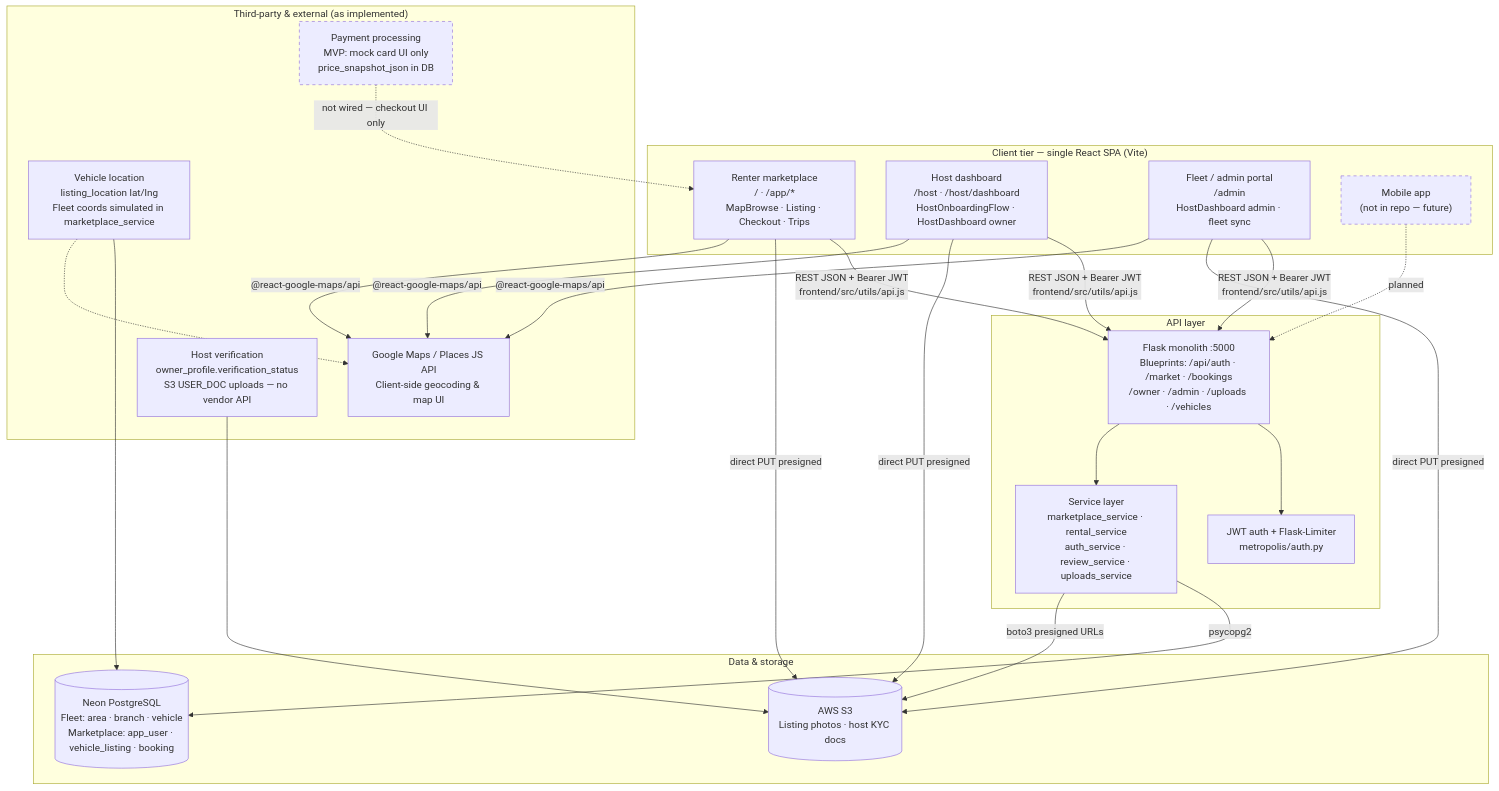
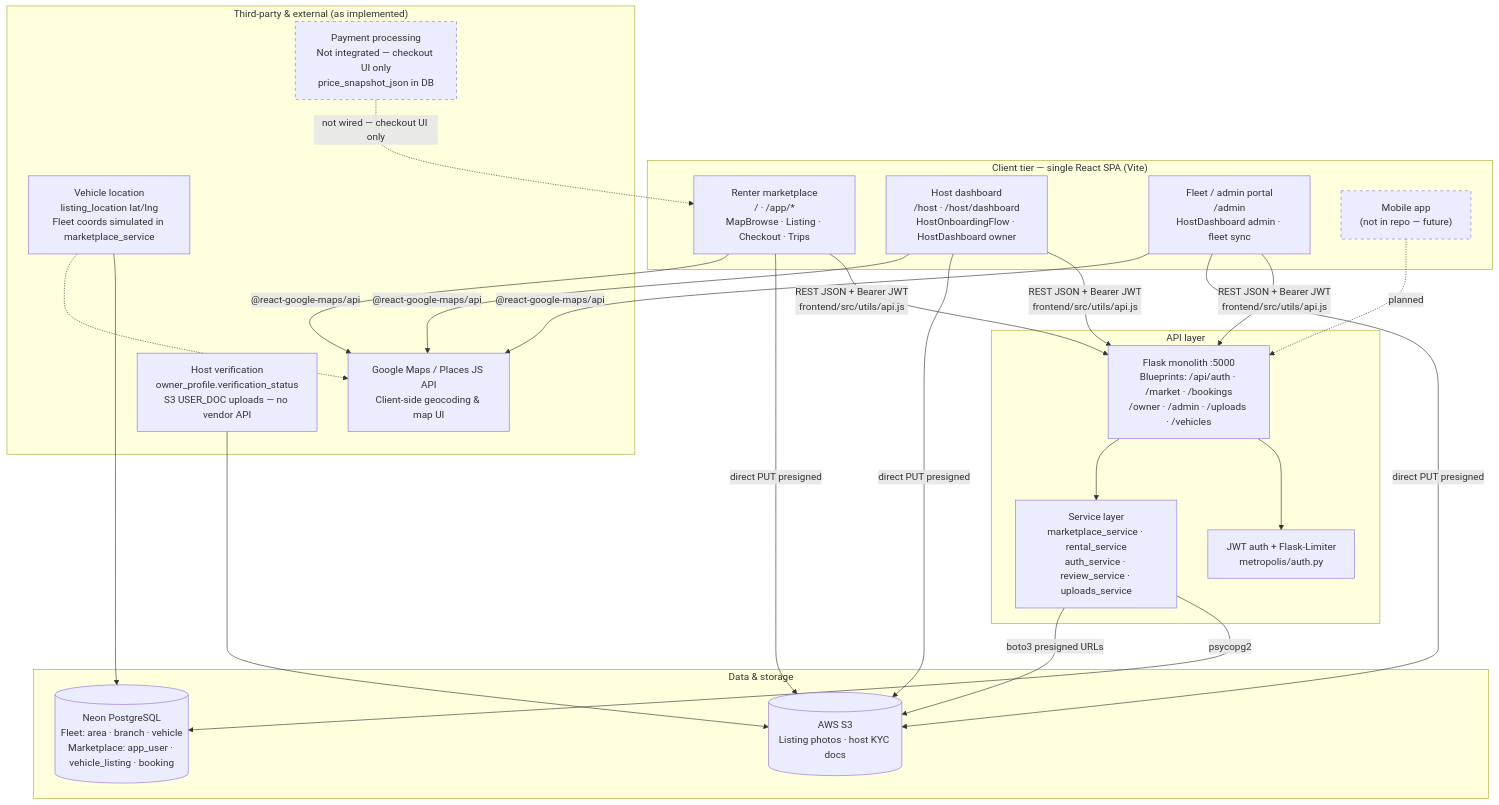
The first of 3 diagrams in docs/architecture-diagrams.md (toni8699/Metropolis), drawn with Mermaid before and after one commit. The commit also changed other lines of this file and 18 other files, not shown here.

````diff
--- a/docs/architecture-diagrams.md
+++ b/docs/architecture-diagrams.md
@@ -17,45 +17,45 @@
 ```mermaid
 graph TD
     subgraph Clients["Client tier — single React SPA (Vite)"]
         RW["Renter marketplace<br/>/ · /app/*<br/>MapBrowse · Listing · Checkout · Trips"]
         HD["Host dashboard<br/>/host · /host/dashboard<br/>HostOnboardingFlow · HostDashboard owner"]
         FM["Fleet / admin portal<br/>/admin<br/>HostDashboard admin · fleet sync"]
         MOB["Mobile app<br/>(not in repo — future)"]
     end
 
     subgraph Edge["API layer"]
         API["Flask monolith :5000<br/>Blueprints: /api/auth · /market · /bookings<br/>/owner · /admin · /uploads · /vehicles"]
         AUTH["JWT auth + Flask-Limiter<br/>metropolis/auth.py"]
         SVC["Service layer<br/>marketplace_service · rental_service<br/>auth_service · review_service · uploads_service"]
         API --> AUTH
         API --> SVC
     end
 
     subgraph Data["Data & storage"]
         PG[("Neon PostgreSQL<br/>Fleet: area · branch · vehicle<br/>Marketplace: app_user · vehicle_listing · booking")]
         S3[("AWS S3<br/>Listing photos · host KYC docs")]
     end
 
     subgraph External["Third-party & external (as implemented)"]
         GM["Google Maps / Places JS API<br/>Client-side geocoding & map UI"]
-        PAY["Payment processing<br/>MVP: mock card UI only<br/>price_snapshot_json in DB"]
+        PAY["Payment processing<br/>Not integrated — checkout UI only<br/>price_snapshot_json in DB"]
         KYC["Host verification<br/>owner_profile.verification_status<br/>S3 USER_DOC uploads — no vendor API"]
         GPS["Vehicle location<br/>listing_location lat/lng<br/>Fleet coords simulated in marketplace_service"]
     end
 
     RW & HD & FM -->|"REST JSON + Bearer JWT<br/>frontend/src/utils/api.js"| API
     MOB -.->|"planned"| API
 
     SVC -->|"psycopg2"| PG
     SVC -->|"boto3 presigned URLs"| S3
     RW & HD & FM -->|"direct PUT presigned"| S3
     RW & HD & FM -->|"@react-google-maps/api"| GM
 
     PAY -.->|"not wired — checkout UI only"| RW
     KYC --> S3
     GPS --> PG
     GPS -.-> GM
 
     style MOB stroke-dasharray: 5 5
     style PAY stroke-dasharray: 5 5
 ```
````
